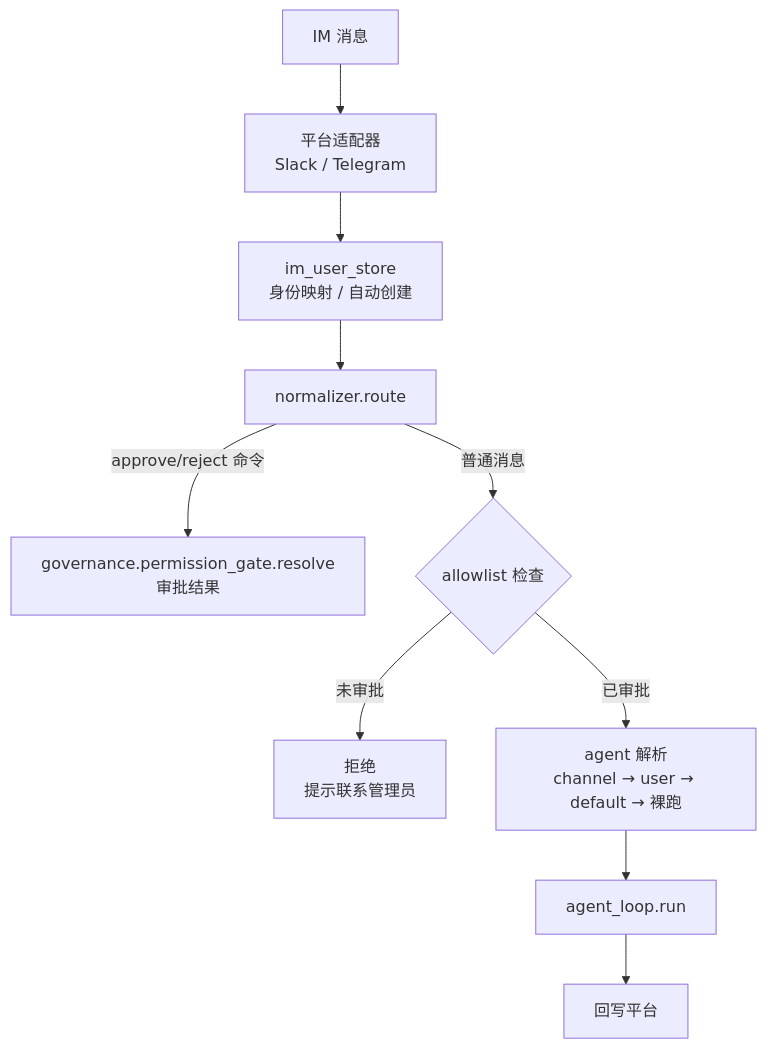
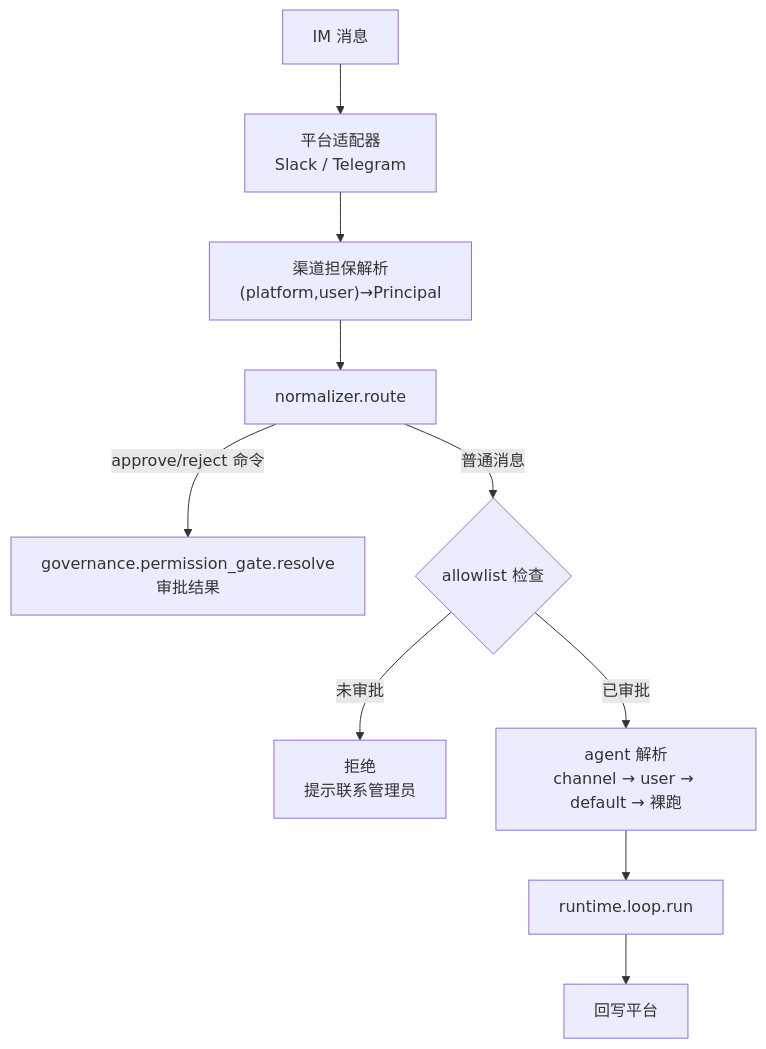
One commit to Summy2104/fleetent changed the second of 4 diagrams in docs/architecture.md. Above: the diagram before and after it, drawn with Mermaid. The commit also changed other lines of this file and 3 other files, not shown here.

First line of the commit message:
docs: remove source-module-organization-roadmap + retarget spec; dedup architecture.md

````diff
--- a/docs/architecture.md
+++ b/docs/architecture.md
@@ -143,12 +48,12 @@
 ```mermaid
 flowchart TD
     A["IM 消息"] --> B["平台适配器\nSlack / Telegram"]
-    B --> C["im_user_store\n身份映射 / 自动创建"]
+    B --> C["渠道担保解析\n(platform,user)→Principal"]
     C --> D["normalizer.route"]
     D -->|approve/reject 命令| E["governance.permission_gate.resolve\n审批结果"]
     D -->|普通消息| F{"allowlist 检查"}
     F -->|未审批| G["拒绝\n提示联系管理员"]
     F -->|已审批| H["agent 解析\nchannel → user → default → 裸跑"]
-    H --> I["agent_loop.run"]
+    H --> I["runtime.loop.run"]
     I --> J["回写平台"]
 ```
````
